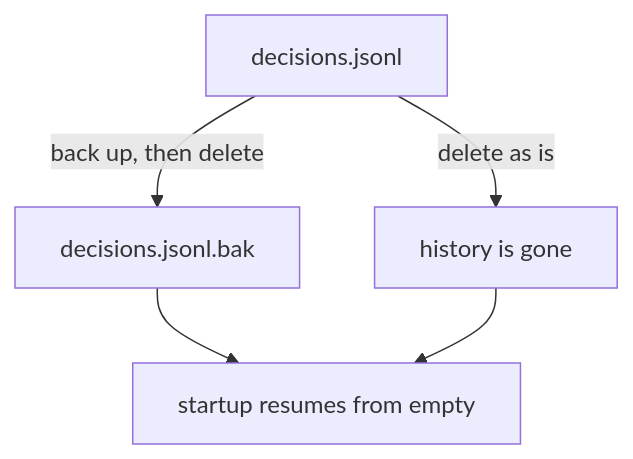
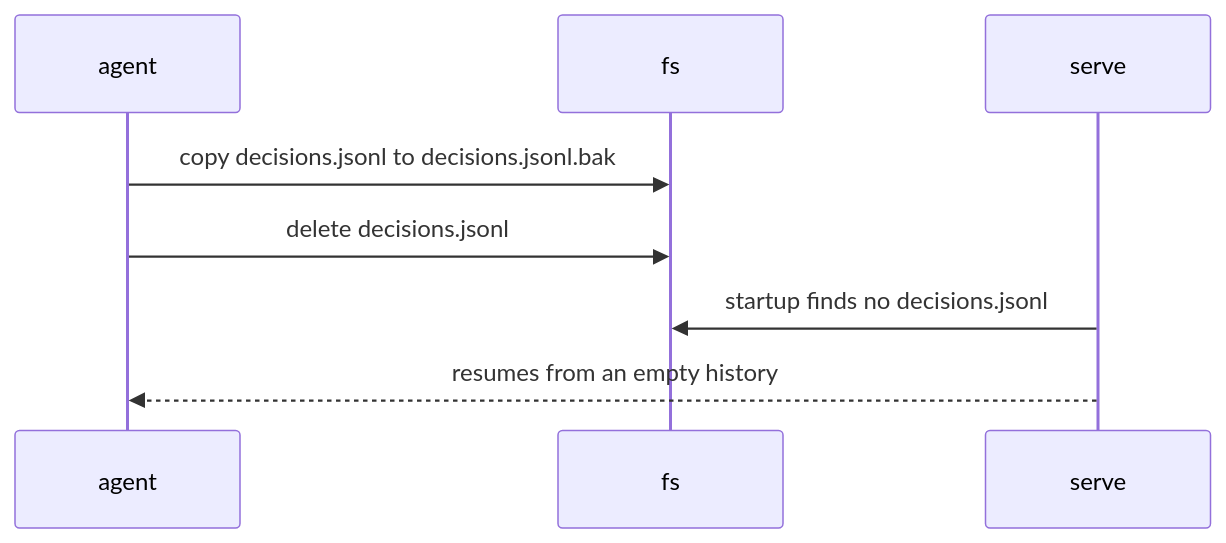
One commit to Asugawara/ukagai changed the diagram in test/explain-fixtures/pass-destructive.md. Above: the diagram before and after it, drawn with Mermaid. The commit also changed 21 other files, not shown here.

````diff
--- a/test/explain-fixtures/pass-destructive.md
+++ b/test/explain-fixtures/pass-destructive.md
@@ -27,7 +27,7 @@
 ```mermaid
-flowchart TD
-  F[decisions.jsonl] -->|back up, then delete| B[decisions.jsonl.bak]
-  F -->|delete as is| X[history is gone]
-  B --> R[startup resumes from empty]
-  X --> R
+sequenceDiagram
+  agent->>fs: copy decisions.jsonl to decisions.jsonl.bak
+  agent->>fs: delete decisions.jsonl
+  serve->>fs: startup finds no decisions.jsonl
+  serve-->>agent: resumes from an empty history
 ```
````
